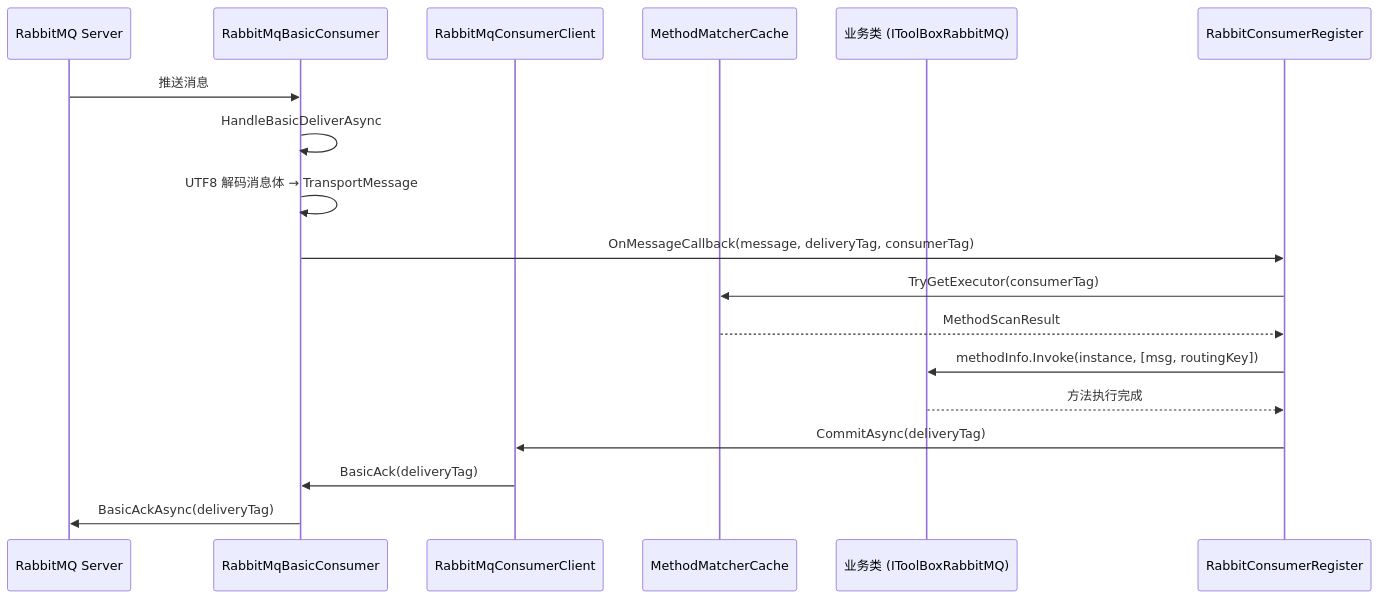
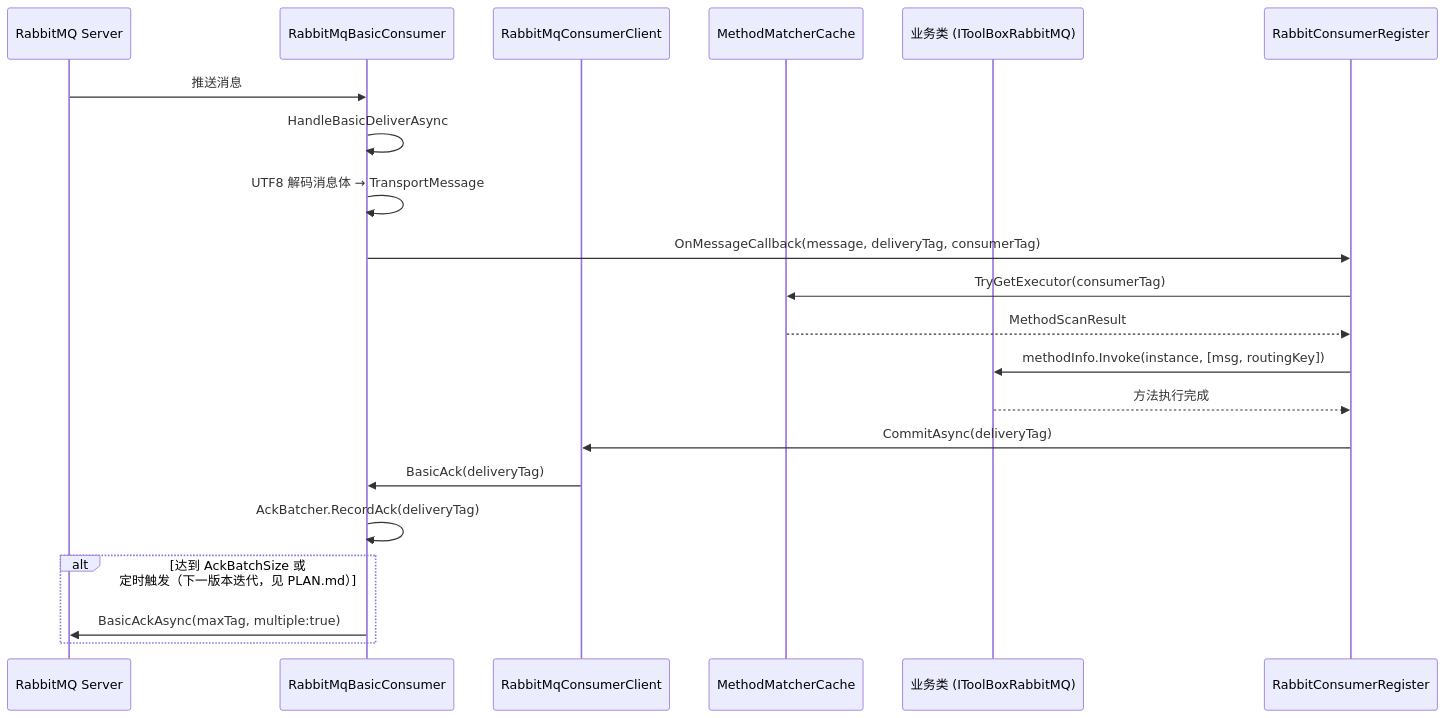
One commit to yearhe9900/H.ToolBox.RabbitMQ changed the third of 5 diagrams in H.ToolBox.RabbitMQ/ARCHITECTURE.md. Above: the diagram before and after it, drawn with Mermaid. The commit also changed other lines of this file and 12 other files, not shown here.

````diff
--- a/H.ToolBox.RabbitMQ/ARCHITECTURE.md
+++ b/H.ToolBox.RabbitMQ/ARCHITECTURE.md
@@ -381,21 +399,24 @@
 ```mermaid
 sequenceDiagram
     participant MQ as RabbitMQ Server
     participant Consumer as RabbitMqBasicConsumer
     participant Client as RabbitMqConsumerClient
     participant Cache as MethodMatcherCache
     participant Service as 业务类 (IToolBoxRabbitMQ)
     participant Reg as RabbitConsumerRegister
 
     MQ->>Consumer: 推送消息
     Consumer->>Consumer: HandleBasicDeliverAsync
     Consumer->>Consumer: UTF8 解码消息体 → TransportMessage
     Consumer->>Reg: OnMessageCallback(message, deliveryTag, consumerTag)
     Reg->>Cache: TryGetExecutor(consumerTag)
     Cache-->>Reg: MethodScanResult
     Reg->>Service: methodInfo.Invoke(instance, [msg, routingKey])
     Service-->>Reg: 方法执行完成
     Reg->>Client: CommitAsync(deliveryTag)
     Client->>Consumer: BasicAck(deliveryTag)
-    Consumer->>MQ: BasicAckAsync(deliveryTag)
+    Consumer->>Consumer: AckBatcher.RecordAck(deliveryTag)
+    alt 达到 AckBatchSize 或 定时触发（下一版本迭代，见 PLAN.md）
+        Consumer->>MQ: BasicAckAsync(maxTag, multiple:true)
+    end
 ```
````
